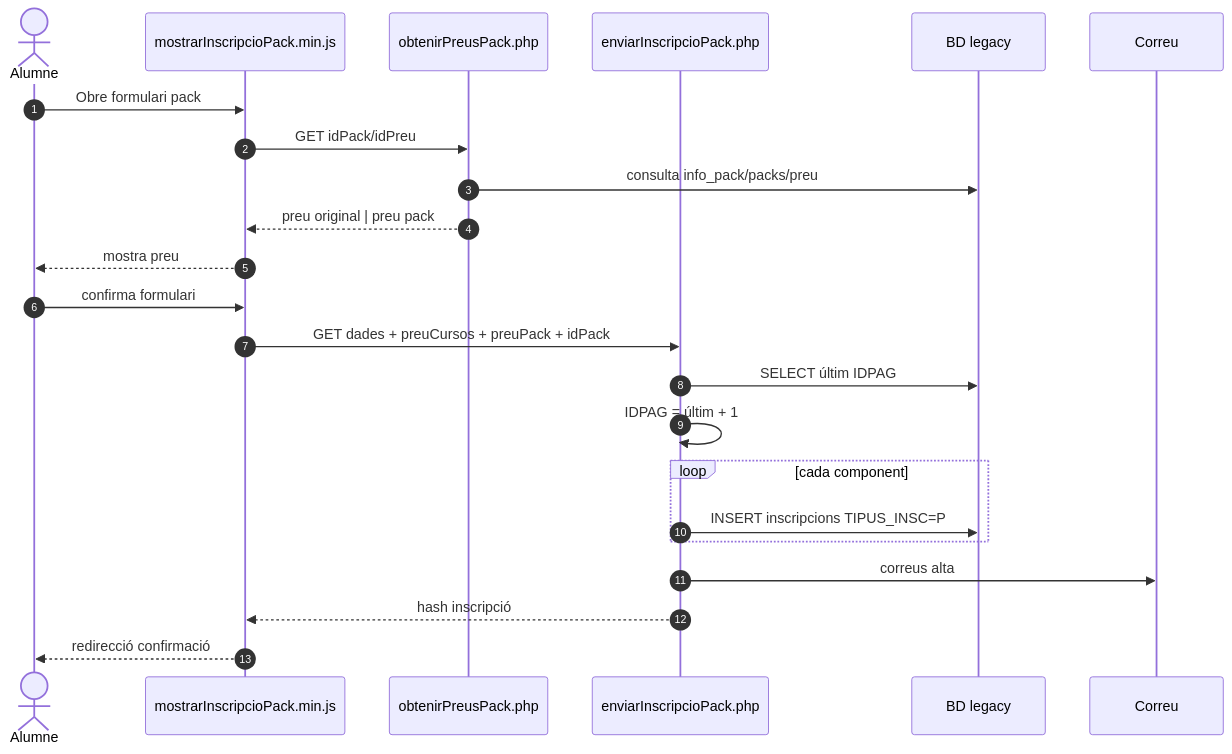
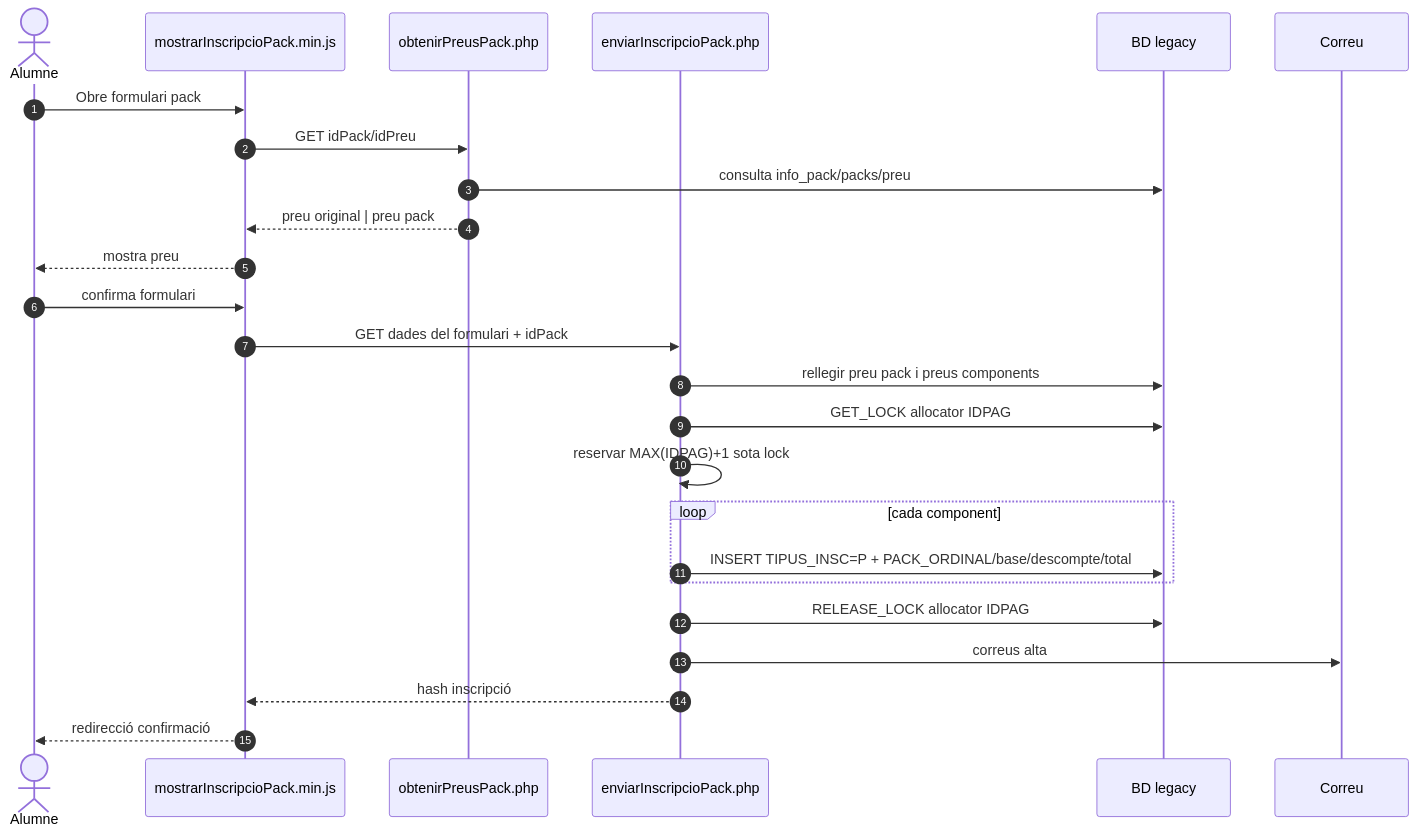
The first of 5 diagrams in documentacio/07-uml-integrat/uc-015-sequencies-actual-final.md (orgmeriemprismacat-del/verifactu), drawn with Mermaid before and after one commit. The commit also changed other lines of this file, not shown here.

````diff
--- a/documentacio/07-uml-integrat/uc-015-sequencies-actual-final.md
+++ b/documentacio/07-uml-integrat/uc-015-sequencies-actual-final.md
@@ -7,26 +7,28 @@
 ```mermaid
 sequenceDiagram
 autonumber
 actor U as Alumne
 participant JS as mostrarInscripcioPack.min.js
 participant Price as obtenirPreusPack.php
 participant Alta as enviarInscripcioPack.php
 participant DB as BD legacy
 participant Mail as Correu
 
 U->>JS: Obre formulari pack
 JS->>Price: GET idPack/idPreu
 Price->>DB: consulta info_pack/packs/preu
 Price-->>JS: preu original | preu pack
 JS-->>U: mostra preu
 U->>JS: confirma formulari
-JS->>Alta: GET dades + preuCursos + preuPack + idPack
-Alta->>DB: SELECT últim IDPAG
-Alta->>Alta: IDPAG = últim + 1
+JS->>Alta: GET dades del formulari + idPack
+Alta->>DB: rellegir preu pack i preus components
+Alta->>DB: GET_LOCK allocator IDPAG
+Alta->>Alta: reservar MAX(IDPAG)+1 sota lock
 loop cada component
- Alta->>DB: INSERT inscripcions TIPUS_INSC=P
+ Alta->>DB: INSERT TIPUS_INSC=P + PACK_ORDINAL/base/descompte/total
 end
+Alta->>DB: RELEASE_LOCK allocator IDPAG
 Alta->>Mail: correus alta
 Alta-->>JS: hash inscripció
 JS-->>U: redirecció confirmació
 ```
````
